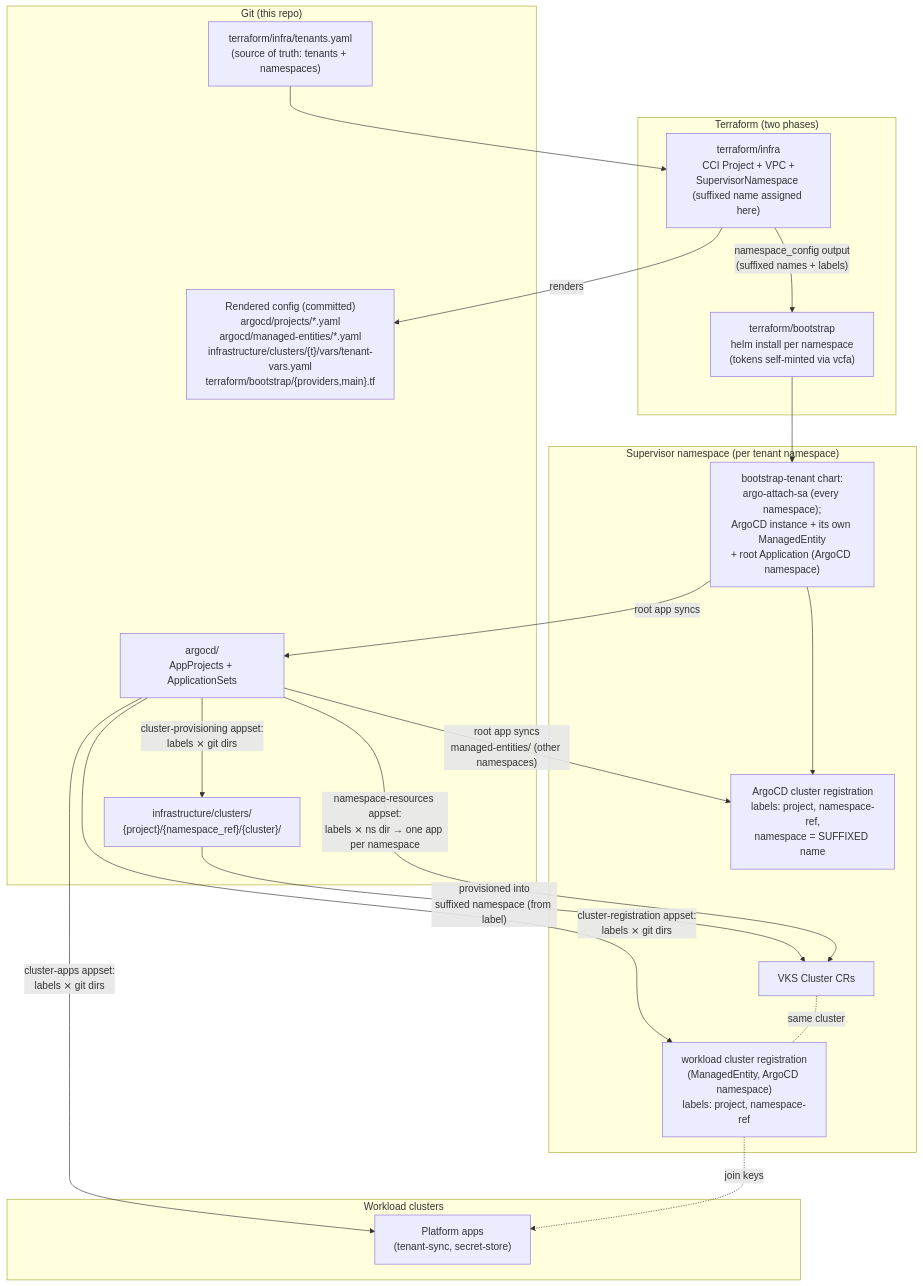
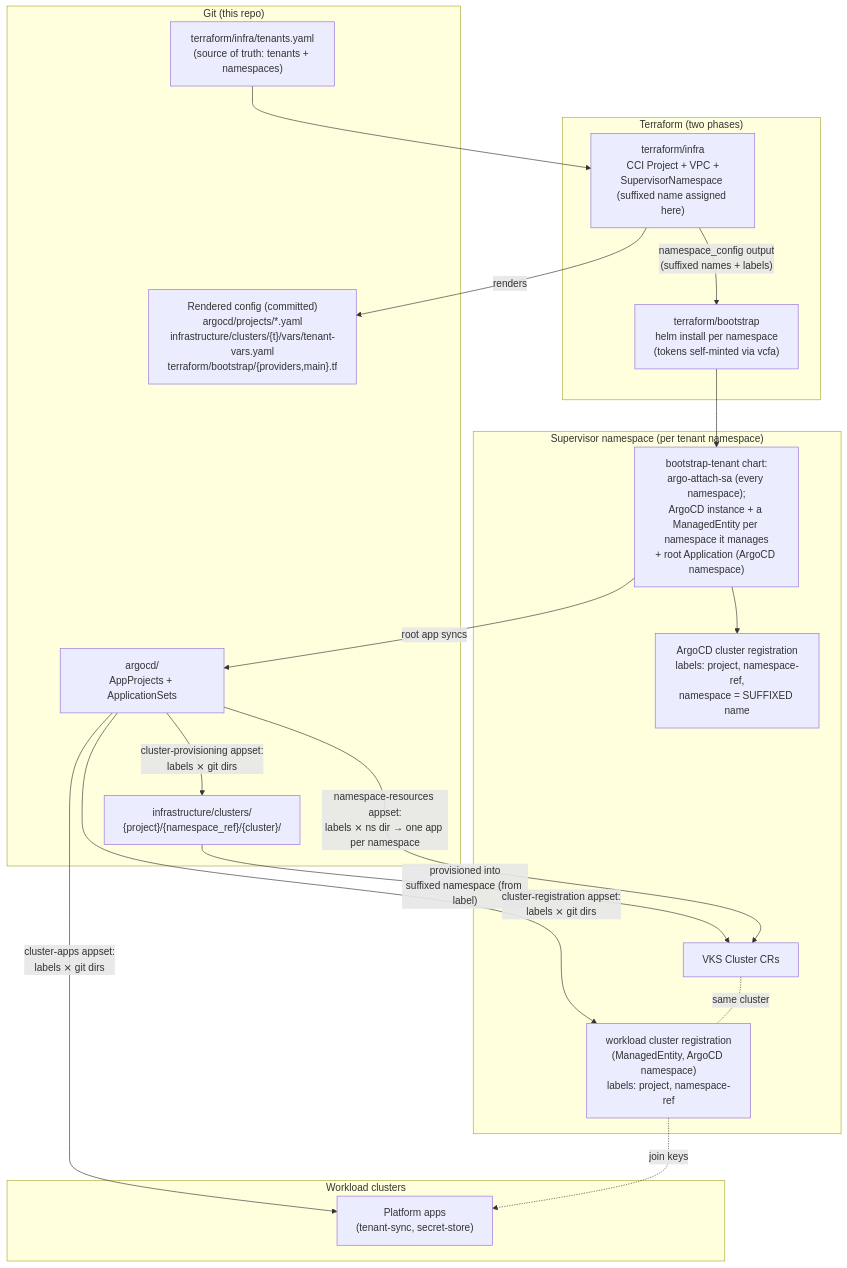
Before and after one commit to warroyo/argocd-scaffolding: the first of 9 diagrams in docs/ARCHITECTURE.md, drawn with Mermaid. The commit also changed other lines of this file and 20 other files, not shown here.

First line of the commit message:
refactor: render supervisor-ns ManagedEntities from the host's bootstrap release

````diff
--- a/docs/ARCHITECTURE.md
+++ b/docs/ARCHITECTURE.md
@@ -41,40 +41,39 @@
 ```mermaid
 flowchart TB
     subgraph git["Git (this repo)"]
         tenants["terraform/infra/tenants.yaml<br/>(source of truth: tenants + namespaces)"]
-        rendered["Rendered config (committed)<br/>argocd/projects/*.yaml<br/>argocd/managed-entities/*.yaml<br/>infrastructure/clusters/{t}/vars/tenant-vars.yaml<br/>terraform/bootstrap/{providers,main}.tf"]
+        rendered["Rendered config (committed)<br/>argocd/projects/*.yaml<br/>infrastructure/clusters/{t}/vars/tenant-vars.yaml<br/>terraform/bootstrap/{providers,main}.tf"]
         argodir["argocd/<br/>AppProjects + ApplicationSets"]
         clusterdirs["infrastructure/clusters/<br/>{project}/{namespace_ref}/{cluster}/"]
     end
 
     subgraph tf["Terraform (two phases)"]
         infra["terraform/infra<br/>CCI Project + VPC +<br/>SupervisorNamespace (suffixed name assigned here)"]
         bootstrap["terraform/bootstrap<br/>helm install per namespace<br/>(tokens self-minted via vcfa)"]
     end
 
     subgraph sup["Supervisor namespace (per tenant namespace)"]
-        chart["bootstrap-tenant chart:<br/>argo-attach-sa (every namespace);<br/>ArgoCD instance + its own ManagedEntity<br/>+ root Application (ArgoCD namespace)"]
+        chart["bootstrap-tenant chart:<br/>argo-attach-sa (every namespace);<br/>ArgoCD instance + a ManagedEntity per namespace it manages<br/>+ root Application (ArgoCD namespace)"]
         reg["ArgoCD cluster registration<br/>labels: project, namespace-ref,<br/>namespace = SUFFIXED name"]
         vks["VKS Cluster CRs"]
         attach["workload cluster registration<br/>(ManagedEntity, ArgoCD namespace)<br/>labels: project, namespace-ref"]
     end
 
     subgraph wl["Workload clusters"]
         pkgs["Platform apps<br/>(tenant-sync, secret-store)"]
     end
 
     tenants --> infra
     infra -- "renders" --> rendered
     infra -- "namespace_config output<br/>(suffixed names + labels)" --> bootstrap
     bootstrap --> chart
     chart --> reg
     chart -- "root app syncs" --> argodir
-    argodir -- "root app syncs<br/>managed-entities/ (other namespaces)" --> reg
     argodir -- "cluster-provisioning appset:<br/>labels ⨯ git dirs" --> clusterdirs
     clusterdirs -- "provisioned into<br/>suffixed namespace (from label)" --> vks
     argodir -- "namespace-resources appset:<br/>labels ⨯ ns dir → one app per namespace" --> vks
     argodir -- "cluster-registration appset:<br/>labels ⨯ git dirs" --> attach
     vks -. "same cluster" .- attach
     argodir -- "cluster-apps appset:<br/>labels ⨯ git dirs" --> pkgs
     attach -. "join keys" .-> pkgs
 ```
````
